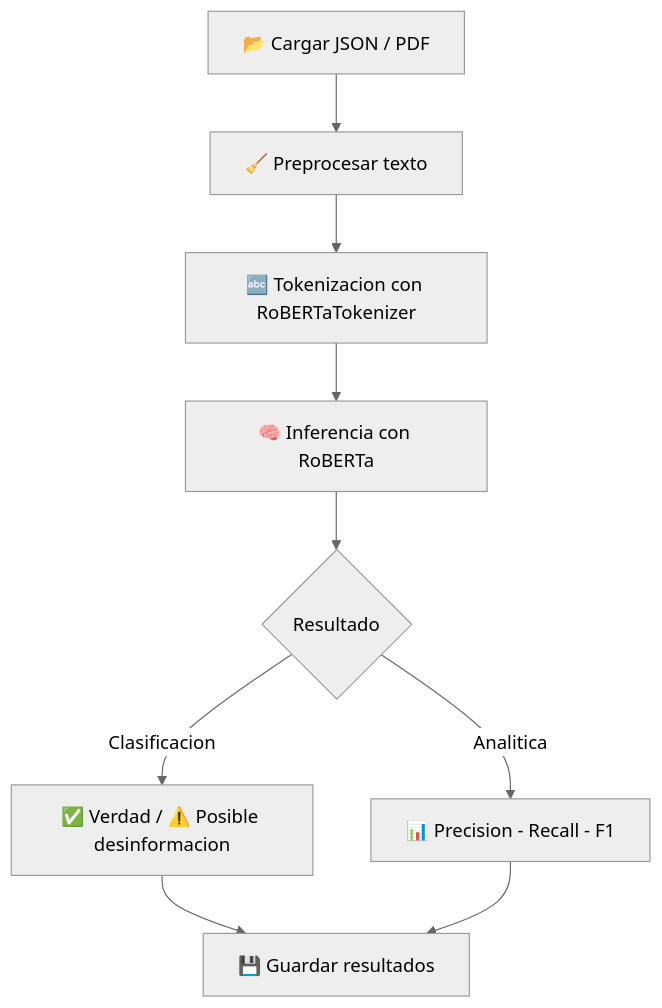
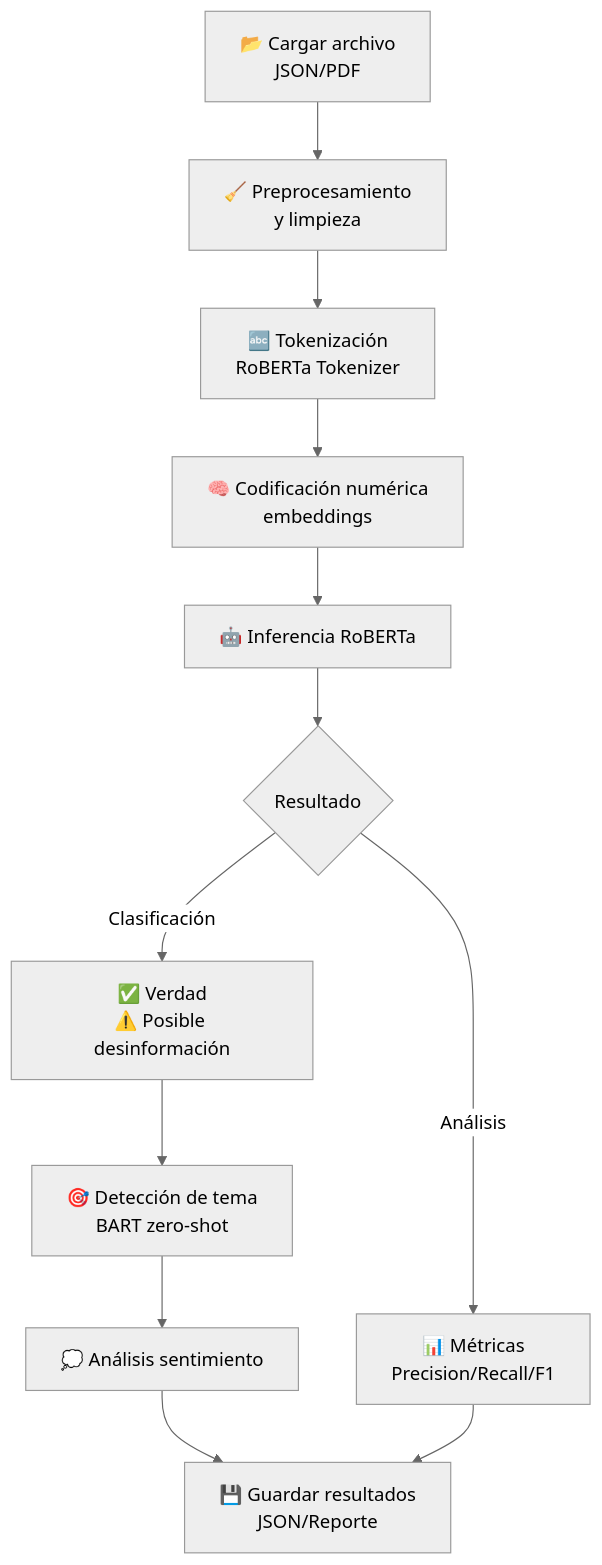
Before and after one commit to Thesergio3434xd-1/RoBERTa: the diagram in README.md, drawn with Mermaid (neutral theme). The commit also changed other lines of this file, not shown here.

First line of the commit message:
docs: Mejorar README con diseño académico profesional

````diff
--- a/README.md
+++ b/README.md
@@ -101,11 +156,14 @@
 ```mermaid
-flowchart TD
-    A[📂 Cargar JSON / PDF] --> B[🧹 Preprocesar texto]
-    B --> C[🔤 Tokenizacion con RoBERTaTokenizer]
-    C --> D[🧠 Inferencia con RoBERTa]
-    D --> E{Resultado}
-    E -->|Clasificacion| F[✅ Verdad / ⚠️ Posible desinformacion]
-    E -->|Analitica| G[📊 Precision - Recall - F1]
-    F --> H[💾 Guardar resultados]
-    G --> H
+graph TD
+    A["📂 Cargar archivo<br/>JSON/PDF"] --> B["🧹 Preprocesamiento<br/>y limpieza"]
+    B --> C["🔤 Tokenización<br/>RoBERTa Tokenizer"]
+    C --> D["🧠 Codificación numérica<br/>embeddings"]
+    D --> E["🤖 Inferencia RoBERTa"]
+    E --> F{"Resultado"}
+    F -->|Clasificación| G["✅ Verdad<br/>⚠️ Posible desinformación"]
+    F -->|Análisis| H["📊 Métricas<br/>Precision/Recall/F1"]
+    G --> I["🎯 Detección de tema<br/>BART zero-shot"]
+    I --> J["💭 Análisis sentimiento"]
+    J --> K["💾 Guardar resultados<br/>JSON/Reporte"]
+    H --> K
 ```
````
